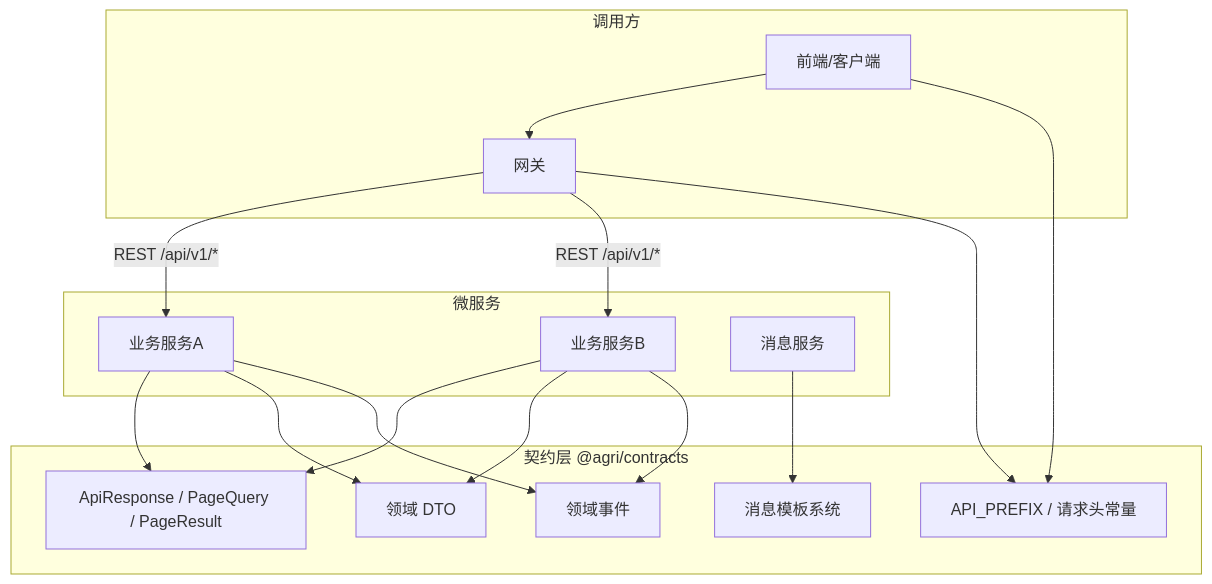
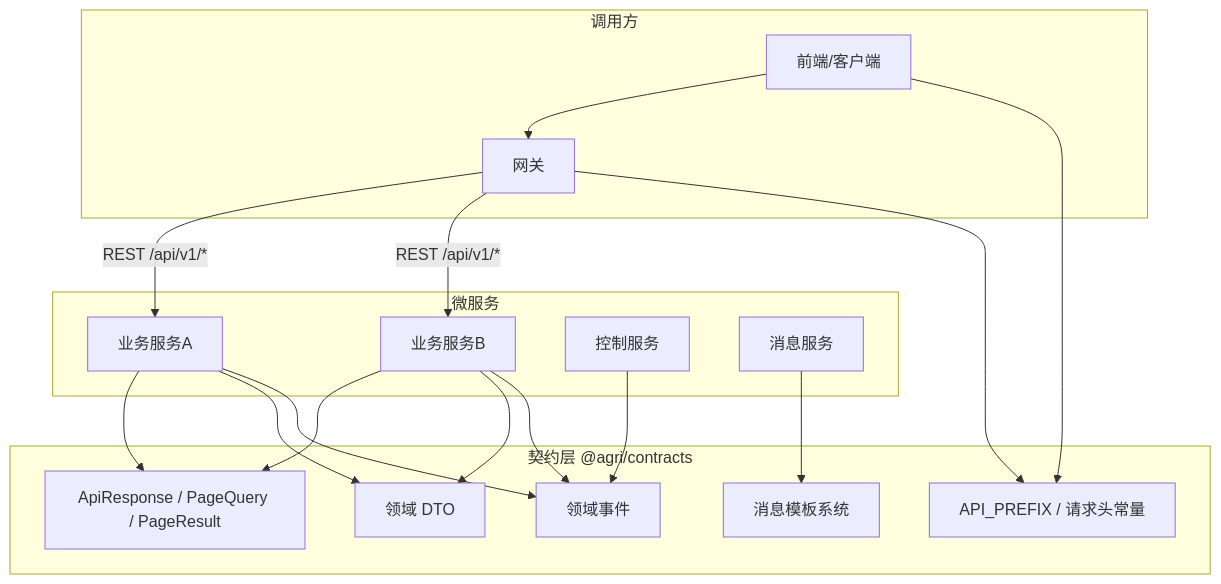
One commit to q446328246/agri-platform changed the second of 7 diagrams in .qoder/repowiki/zh/content/公共包文档/契约定义包 (@agri_contracts).md. Above: the diagram before and after it, drawn with Mermaid. The commit also changed other lines of this file and 35 other files, not shown here.

````diff
--- a/.qoder/repowiki/zh/content/公共包文档/契约定义包 (@agri_contracts).md
+++ b/.qoder/repowiki/zh/content/公共包文档/契约定义包 (@agri_contracts).md
@@ -88,31 +90,33 @@
 ```mermaid
 graph TB
 subgraph "调用方"
 GW["网关"]
 FE["前端/客户端"]
 end
 subgraph "契约层 @agri/contracts"
 C_API["ApiResponse / PageQuery / PageResult"]
 C_CONST["API_PREFIX / 请求头常量"]
 C_DTO["领域 DTO"]
 C_EVENTS["领域事件"]
 C_MESSAGES["消息模板系统"]
 end
 subgraph "微服务"
 S1["业务服务A"]
 S2["业务服务B"]
+CS["控制服务"]
 MS["消息服务"]
 end
 FE --> GW
 GW --> |REST /api/v1/*| S1
 GW --> |REST /api/v1/*| S2
 S1 --> C_API
 S2 --> C_API
 S1 --> C_DTO
 S2 --> C_DTO
 S1 --> C_EVENTS
 S2 --> C_EVENTS
+CS --> C_EVENTS
 MS --> C_MESSAGES
 GW --> C_CONST
 FE --> C_CONST
 ```
````
